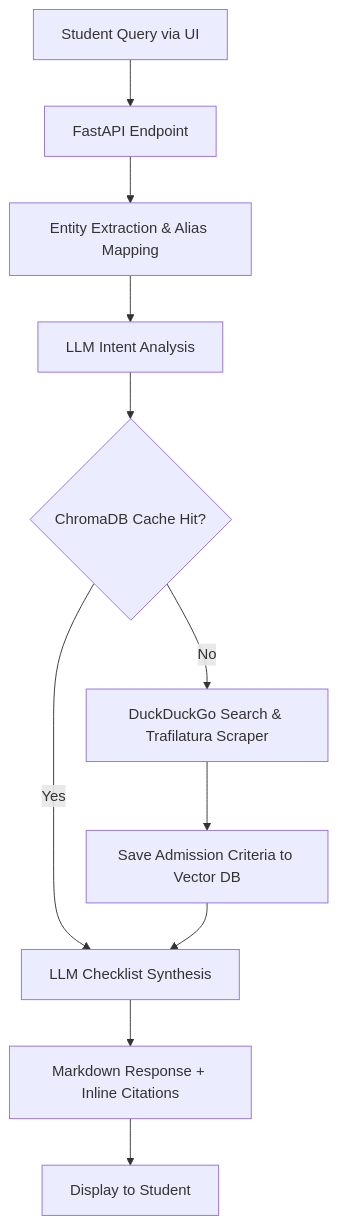
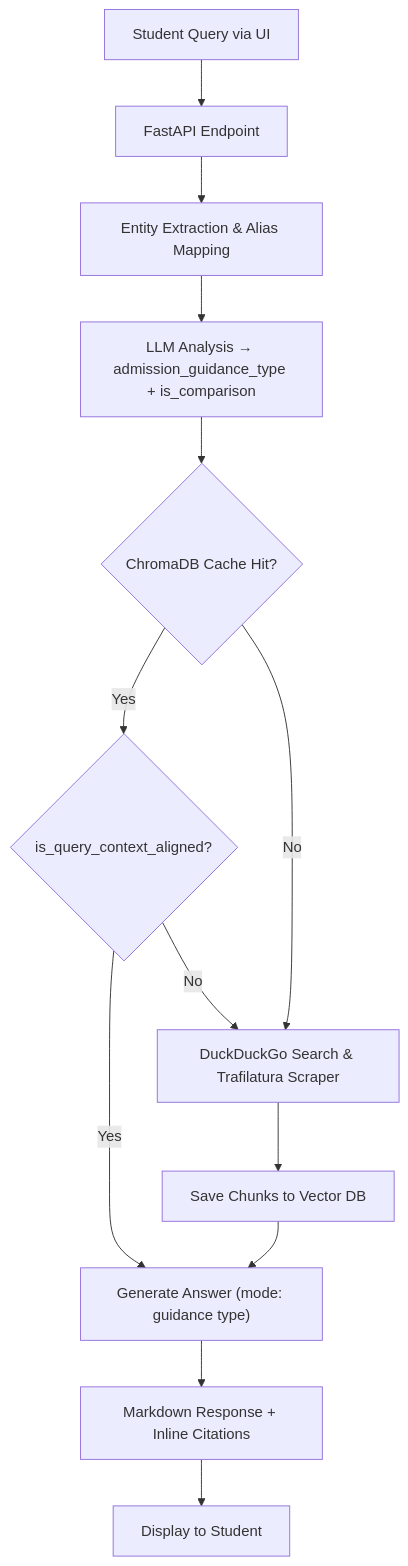
Before and after one commit to sanjaycit/admission_assistant_ai_mini_project: the second of 2 diagrams in README.md, drawn with Mermaid. The commit also changed other lines of this file, not shown here.

````diff
--- a/README.md
+++ b/README.md
@@ -60,13 +64,15 @@
 ```mermaid
 graph TD
     A[Student Query via UI] --> B[FastAPI Endpoint]
     B --> C[Entity Extraction & Alias Mapping]
-    C --> D[LLM Intent Analysis]
+    C --> D["LLM Analysis → admission_guidance_type + is_comparison"]
     D --> E{ChromaDB Cache Hit?}
-    E -- Yes --> G[LLM Checklist Synthesis]
-    E -- No --> F[DuckDuckGo Search & Trafilatura Scraper]
-    F --> H[Save Admission Criteria to Vector DB]
-    H --> G
-    G --> I[Markdown Response + Inline Citations]
-    I --> J[Display to Student]
+    E -- Yes --> F{"is_query_context_aligned?"}
+    F -- No --> G[DuckDuckGo Search & Trafilatura Scraper]
+    F -- Yes --> H["Generate Answer (mode: guidance type)"]
+    E -- No --> G
+    G --> I[Save Chunks to Vector DB]
+    I --> H
+    H --> J[Markdown Response + Inline Citations]
+    J --> K[Display to Student]
 ```
````
